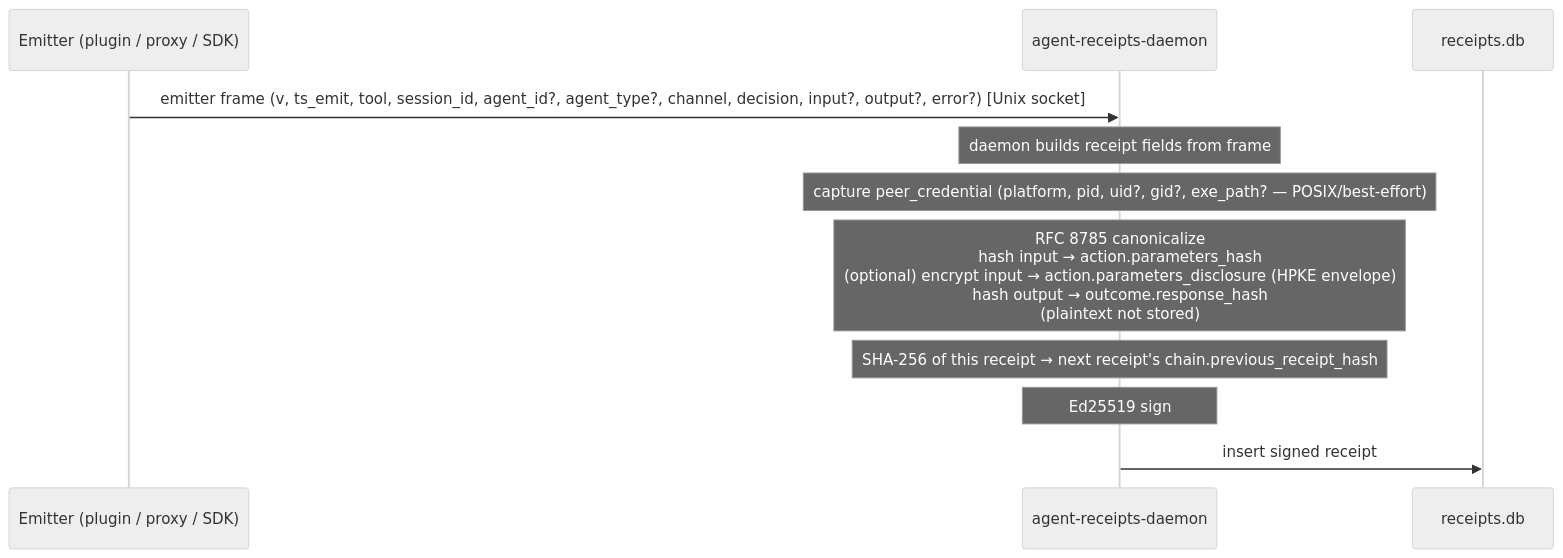
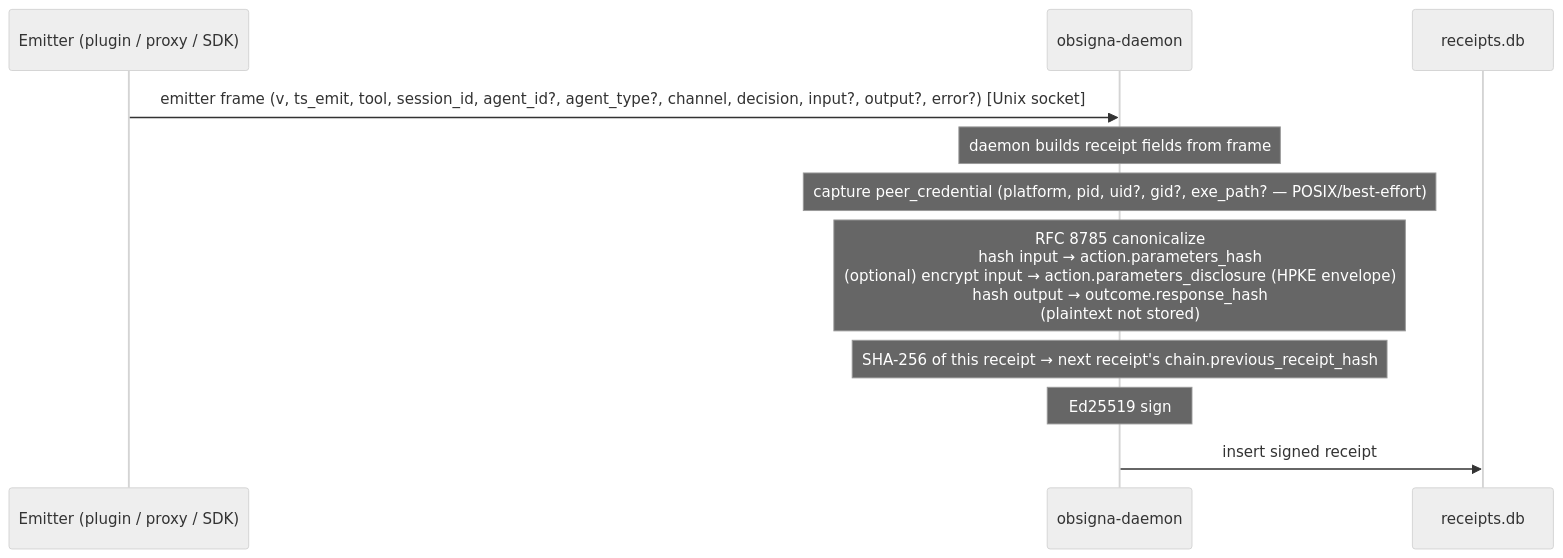
One commit to agent-receipts/ar changed the diagram in site/src/content/docs/specification/how-it-works.mdx. Above: the diagram before and after it, drawn with Mermaid (neutral theme). The commit also changed other lines of this file and 41 other files, not shown here.

````diff
--- a/site/src/content/docs/specification/how-it-works.mdx
+++ b/site/src/content/docs/specification/how-it-works.mdx
@@ -95,14 +95,14 @@
 ```mermaid
 sequenceDiagram
   participant E as Emitter (plugin / proxy / SDK)
-  participant D as agent-receipts-daemon
+  participant D as obsigna-daemon
   participant DB as receipts.db
 
   E->>D: emitter frame (v, ts_emit, tool, session_id, agent_id?, agent_type?, channel, decision, input?, output?, error?) [Unix socket]
   Note over D: daemon builds receipt fields from frame
   Note over D: capture peer_credential (platform, pid, uid?, gid?, exe_path? — POSIX/best-effort)
   Note over D: RFC 8785 canonicalize<br/>hash input → action.parameters_hash<br/>(optional) encrypt input → action.parameters_disclosure (HPKE envelope)<br/>hash output → outcome.response_hash<br/>(plaintext not stored)
   Note over D: SHA-256 of this receipt → next receipt's chain.previous_receipt_hash
   Note over D: Ed25519 sign
   D->>DB: insert signed receipt
 ```
````
